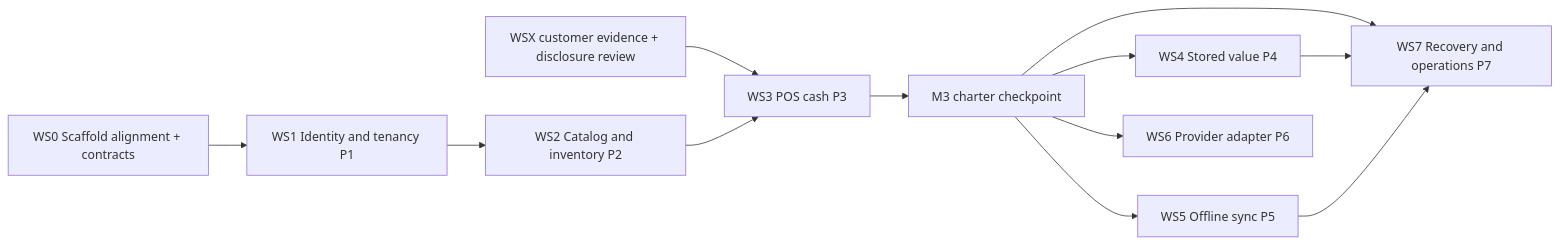
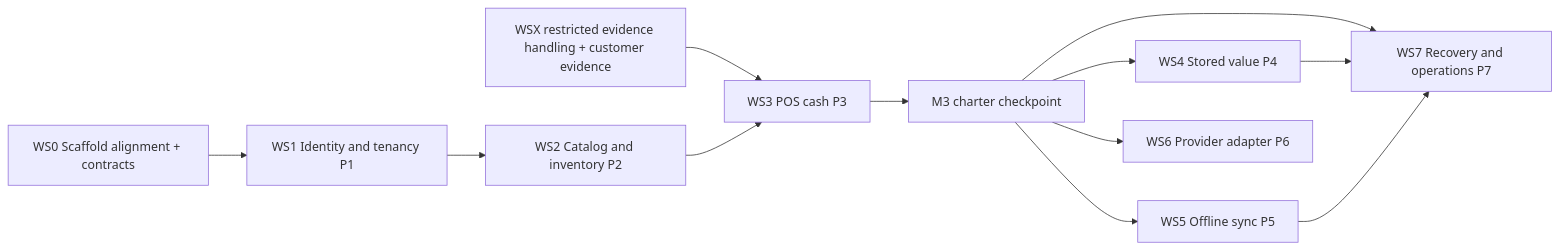
The diagram in docs/blueprint/17-Roadmap/FIRST_SLICE_IMPLEMENTATION_PLAN.md (kareemschultz/platform-design-authority), drawn with Mermaid before and after one commit. The commit also changed other lines of this file and 30 other files, not shown here.

Commit message:
security(governance): record public disclosure review

````diff
--- a/docs/blueprint/17-Roadmap/FIRST_SLICE_IMPLEMENTATION_PLAN.md
+++ b/docs/blueprint/17-Roadmap/FIRST_SLICE_IMPLEMENTATION_PLAN.md
@@ -78,14 +78,14 @@
 ```mermaid
 graph LR
   WS0[WS0 Scaffold alignment + contracts] --> WS1[WS1 Identity and tenancy P1]
   WS1 --> WS2[WS2 Catalog and inventory P2]
-  X3[WSX customer evidence + disclosure review] --> WS3
+  X3[WSX restricted evidence handling + customer evidence] --> WS3
   WS2 --> WS3[WS3 POS cash P3]
   WS3 --> M3[M3 charter checkpoint]
   M3 --> WS4[WS4 Stored value P4]
   M3 --> WS5[WS5 Offline sync P5]
   M3 --> WS6[WS6 Provider adapter P6]
   M3 --> WS7[WS7 Recovery and operations P7]
   WS4 --> WS7
   WS5 --> WS7
 ```
````
